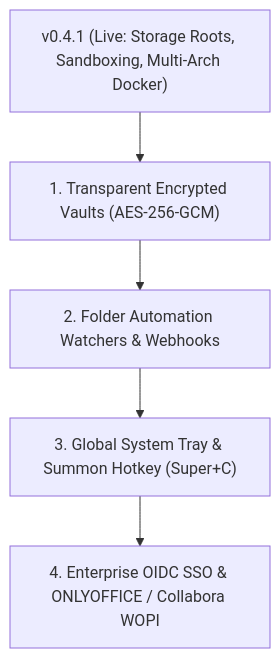
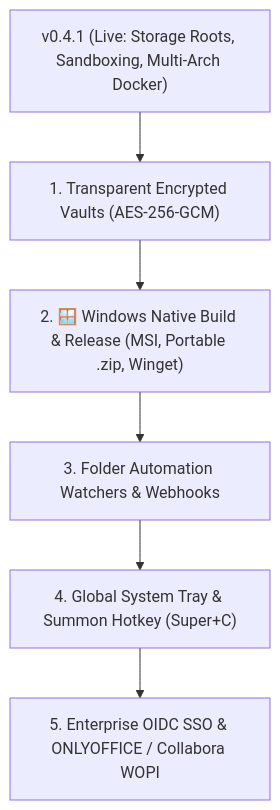
One commit to Woofson/commanderdog changed the diagram in ROADMAP.md. Above: the diagram before and after it, drawn with Mermaid. The commit also changed other lines of this file, not shown here.

Commit message:
docs(roadmap): add Windows native build and release pipeline milestone

````diff
--- a/ROADMAP.md
+++ b/ROADMAP.md
@@ -68,7 +68,8 @@
 ```mermaid
 graph TD
     A["v0.4.1 (Live: Storage Roots, Sandboxing, Multi-Arch Docker)"] --> B["1. Transparent Encrypted Vaults (AES-256-GCM)"]
-    B --> C["2. Folder Automation Watchers & Webhooks"]
-    C --> D["3. Global System Tray & Summon Hotkey (Super+C)"]
-    D --> E["4. Enterprise OIDC SSO & ONLYOFFICE / Collabora WOPI"]
+    B --> C["2. 🪟 Windows Native Build & Release (MSI, Portable .zip, Winget)"]
+    C --> D["3. Folder Automation Watchers & Webhooks"]
+    D --> E["4. Global System Tray & Summon Hotkey (Super+C)"]
+    E --> F["5. Enterprise OIDC SSO & ONLYOFFICE / Collabora WOPI"]
 ```
````
